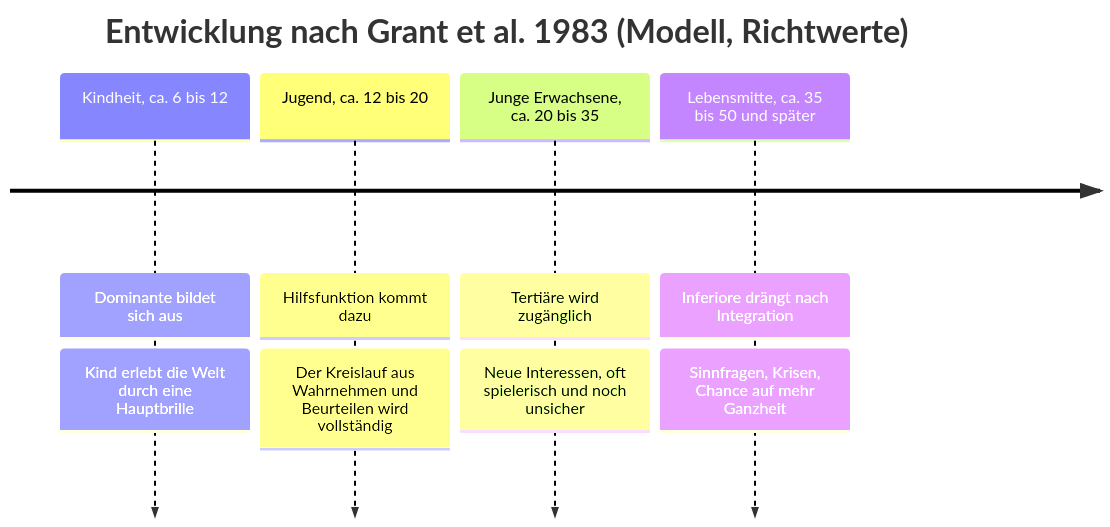
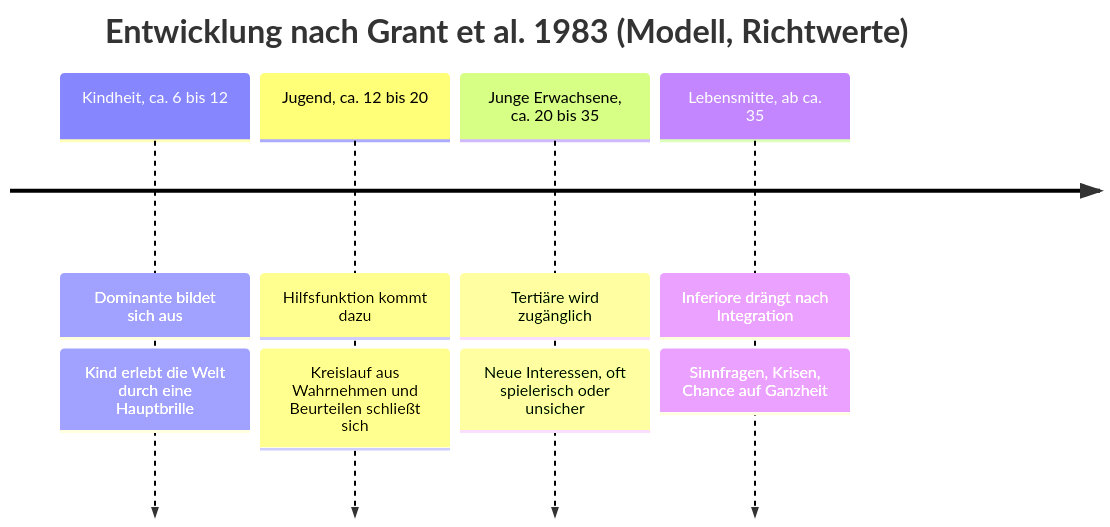
The fifth of 6 diagrams in KognitiveFunktionenVerstehen_attempt2_rework1_gemini31pro_de.md (plops/mbti), drawn with Mermaid before and after one commit. The commit also changed other lines of this file, not shown here.

````diff
--- a/KognitiveFunktionenVerstehen_attempt2_rework1_gemini31pro_de.md
+++ b/KognitiveFunktionenVerstehen_attempt2_rework1_gemini31pro_de.md
@@ -231,8 +232,8 @@
 ```mermaid
 timeline
     title Entwicklung nach Grant et al. 1983 (Modell, Richtwerte)
     Kindheit, ca. 6 bis 12 : Dominante bildet sich aus : Kind erlebt die Welt durch eine Hauptbrille
-    Jugend, ca. 12 bis 20 : Hilfsfunktion kommt dazu : Der Kreislauf aus Wahrnehmen und Beurteilen wird vollständig
-    Junge Erwachsene, ca. 20 bis 35 : Tertiäre wird zugänglich : Neue Interessen, oft spielerisch und noch unsicher
-    Lebensmitte, ca. 35 bis 50 und später : Inferiore drängt nach Integration : Sinnfragen, Krisen, Chance auf mehr Ganzheit
+    Jugend, ca. 12 bis 20 : Hilfsfunktion kommt dazu : Kreislauf aus Wahrnehmen und Beurteilen schließt sich
+    Junge Erwachsene, ca. 20 bis 35 : Tertiäre wird zugänglich : Neue Interessen, oft spielerisch oder unsicher
+    Lebensmitte, ab ca. 35 : Inferiore drängt nach Integration : Sinnfragen, Krisen, Chance auf Ganzheit
 ```
````
